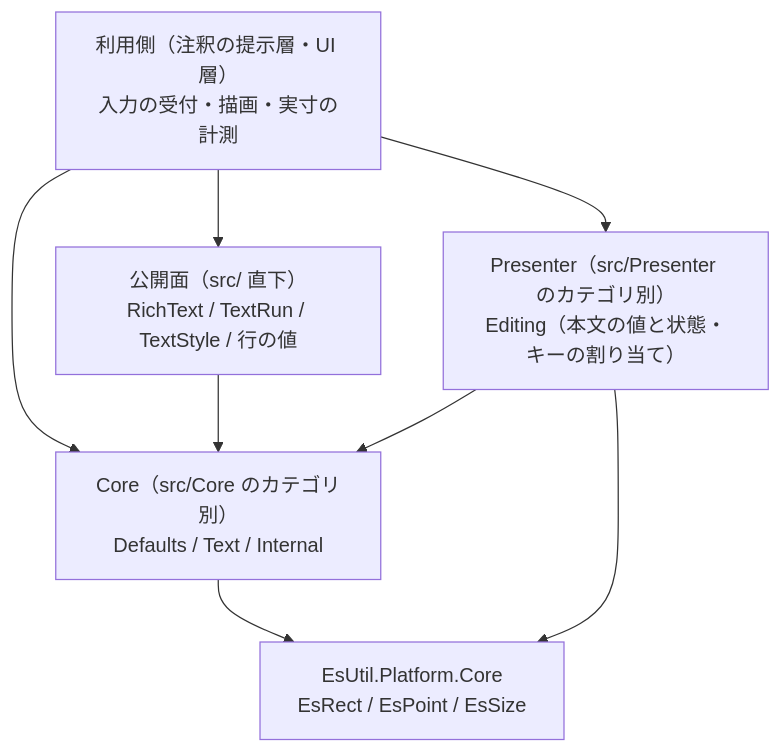
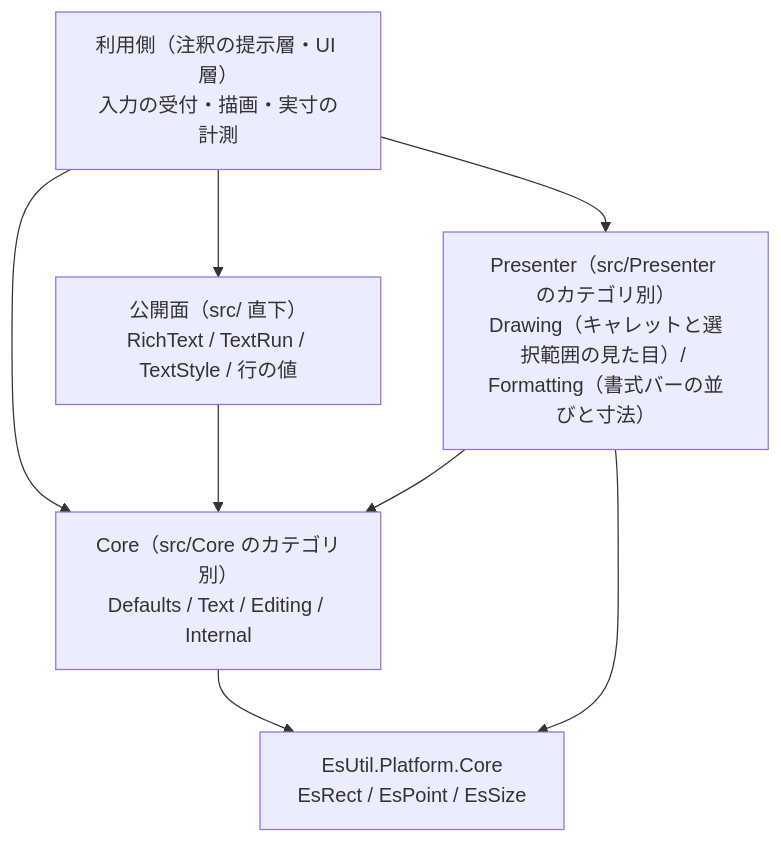
The diagram in EsUtil/Feature.StyledText.Core/docs/SPEC_System.md (tomokuni/EsUtil), drawn with Mermaid before and after one commit. The commit also changed other lines of this file and 85 other files, not shown here.

````diff
--- a/EsUtil/Feature.StyledText.Core/docs/SPEC_System.md
+++ b/EsUtil/Feature.StyledText.Core/docs/SPEC_System.md
@@ -35,15 +35,15 @@
 ```mermaid
 flowchart TB
     H["利用側（注釈の提示層・UI 層）<br/>入力の受付・描画・実寸の計測"]
     F["公開面（src/ 直下）<br/>RichText / TextRun / TextStyle / 行の値"]
-    C["Core（src/Core のカテゴリ別）<br/>Defaults / Text / Internal"]
-    P["Presenter（src/Presenter のカテゴリ別）<br/>Editing（本文の値と状態・キーの割り当て）"]
+    C["Core（src/Core のカテゴリ別）<br/>Defaults / Text / Editing / Internal"]
+    P["Presenter（src/Presenter のカテゴリ別）<br/>Drawing（キャレットと選択範囲の見た目）/ Formatting（書式バーの並びと寸法）"]
     PC["EsUtil.Platform.Core<br/>EsRect / EsPoint / EsSize"]
     H --> F
     H --> C
     H --> P
     F --> C
     C --> PC
     P --> C
     P --> PC
 ```
````
